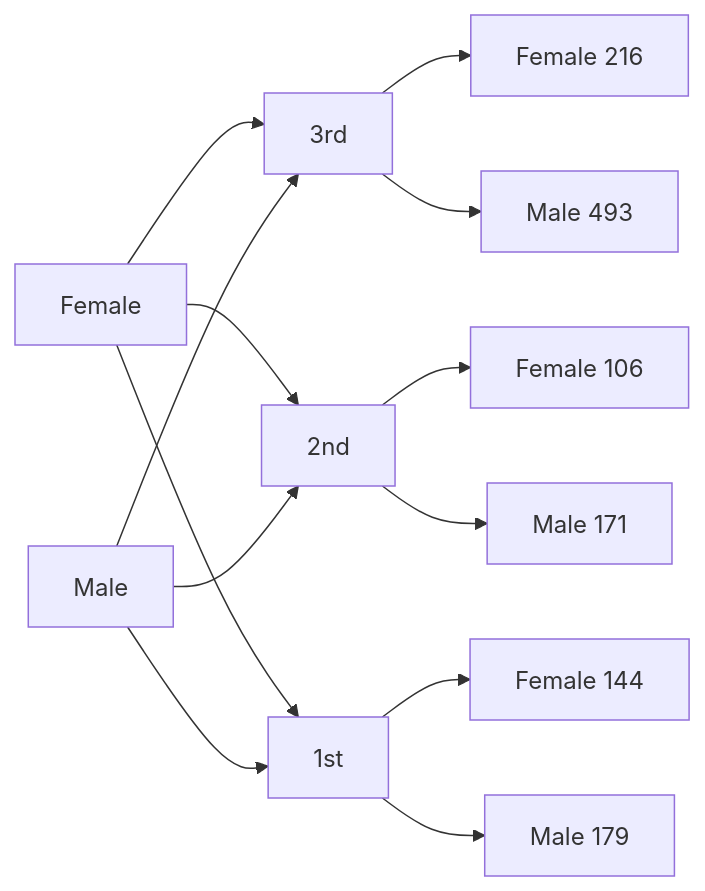
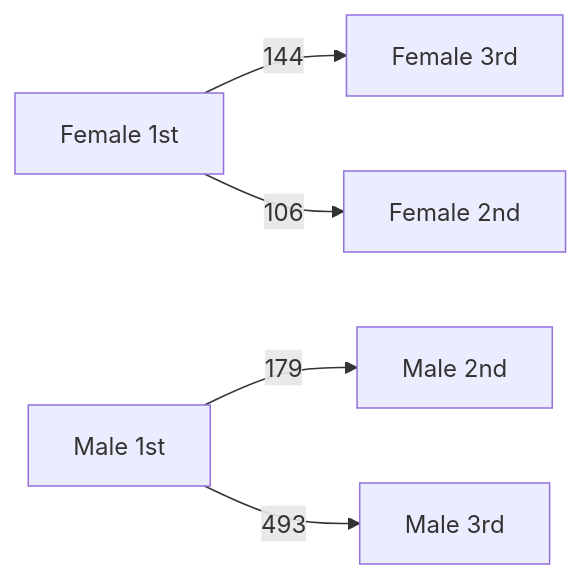
Before and after one commit to antononcube/Raku-LLM-Functions: the third of 7 diagrams in docs/Workflows-with-LLM-functions_woven.md, drawn with Mermaid. The commit also changed other lines of this file, not shown here.

````diff
--- a/docs/Workflows-with-LLM-functions_woven.md
+++ b/docs/Workflows-with-LLM-functions_woven.md
@@ -542,16 +513,8 @@
 ```mermaid
 graph LR
-    female["Female"] --> third["3rd"]
-    female["Female"] --> second["2nd"]
-    female["Female"] --> first["1st"]
-    male["Male"] --> third["3rd"]
-    male["Male"] --> second["2nd"]
-    male["Male"] --> first["1st"]
 
-    third["3rd"] --> f216[Female 216]
-    second["2nd"] --> f106[Female 106]
-    first["1st"] --> f144[Female 144]
-    third["3rd"] --> m493[Male 493]
-    second["2nd"] --> m171[Male 171]
-    first["1st"] --> m179[Male 179]
+Female1[Female 1st] -->|144| Female3[Female 3rd]
+Female1 -->|106| Female2[Female 2nd]
+Male1[Male 1st] -->|179| Male2[Male 2nd]
+Male1 -->|493| Male3[Male 3rd]
 ```
````
